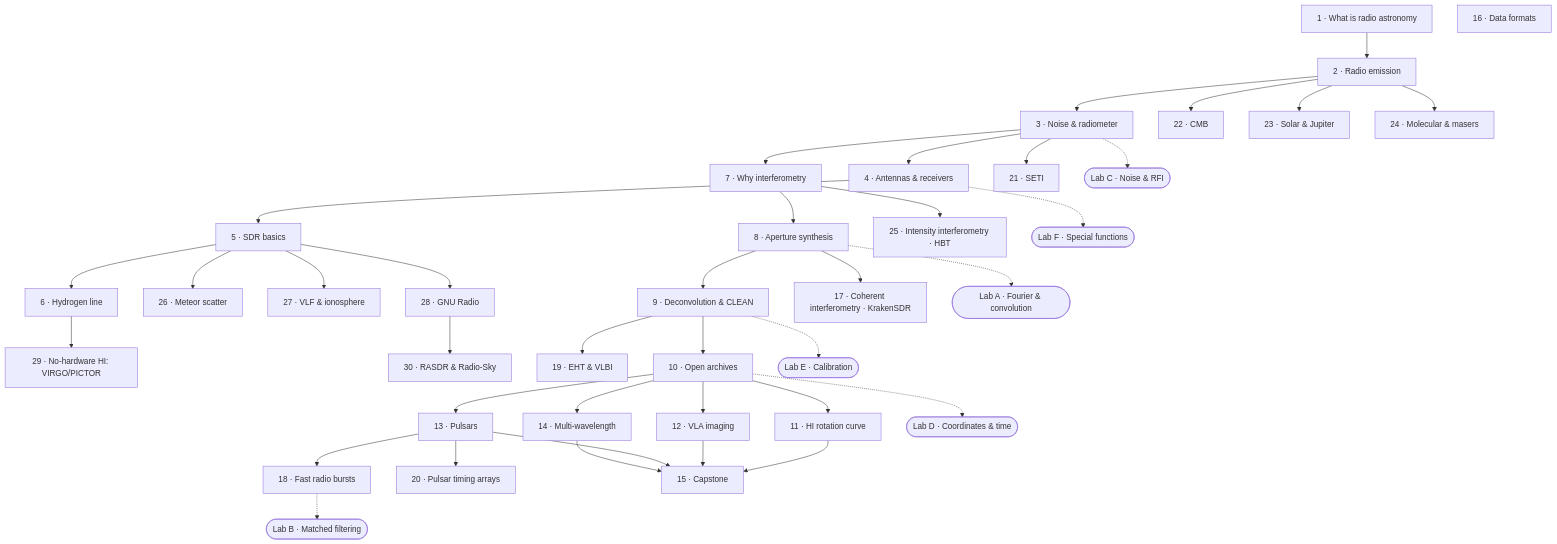
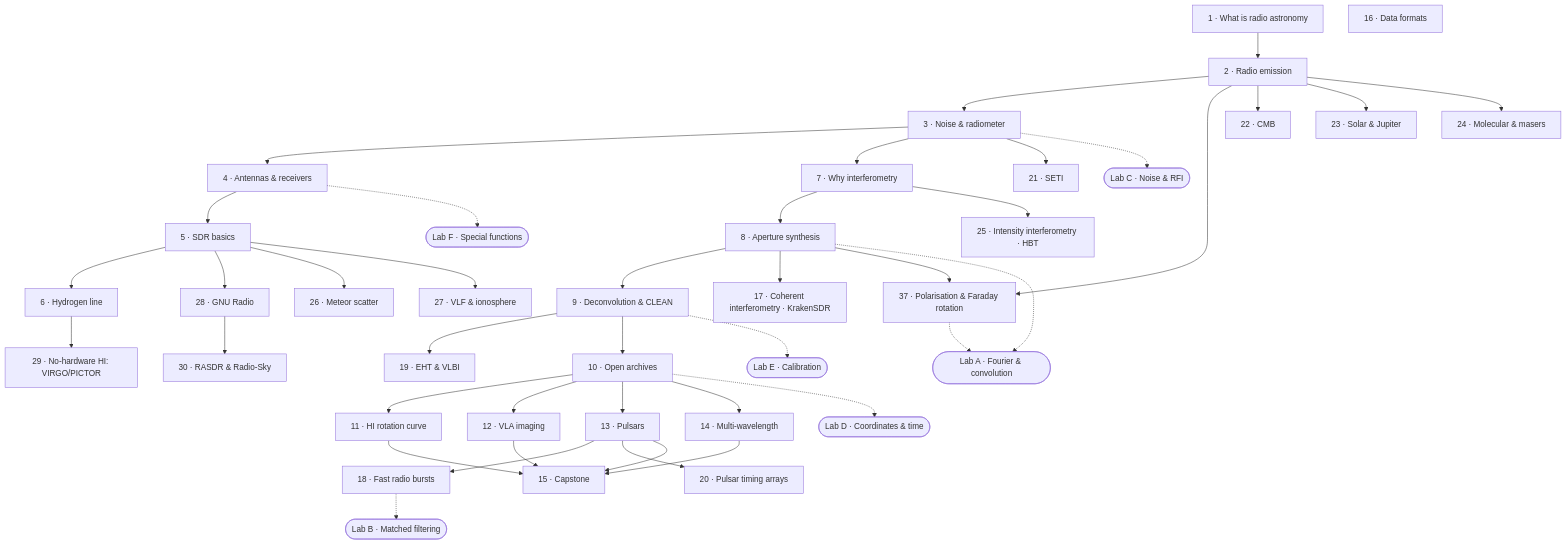
Before and after one commit to joebarbere/jansky: the diagram in docs/learning-paths.md, drawn with Mermaid. The commit also changed other lines of this file and 4 other files, not shown here.

First line of the commit message:
Plan 10: add Chapter 37 (Polarisation & Faraday Rotation)

````diff
--- a/docs/learning-paths.md
+++ b/docs/learning-paths.md
@@ -16,78 +16,82 @@
 ```mermaid
 flowchart TD
   %% ---- Part I: Foundations ----
   C1[1 · What is radio astronomy]
   C2[2 · Radio emission]
   C3[3 · Noise & radiometer]
   C1 --> C2 --> C3
 
   %% ---- Part II: Instrumentation & hardware ----
   C4[4 · Antennas & receivers]
   C5[5 · SDR basics]
   C6[6 · Hydrogen line]
   C26[26 · Meteor scatter]
   C27[27 · VLF & ionosphere]
   C28[28 · GNU Radio]
   C29[29 · No-hardware HI: VIRGO/PICTOR]
   C30[30 · RASDR & Radio-Sky]
   C3 --> C4 --> C5 --> C6
   C5 --> C28 --> C30
   C5 --> C26
   C5 --> C27
   C6 --> C29
 
   %% ---- Part III: Interferometry & imaging ----
   C7[7 · Why interferometry]
   C8[8 · Aperture synthesis]
   C9[9 · Deconvolution & CLEAN]
   C17[17 · Coherent interferometry · KrakenSDR]
   C19[19 · EHT & VLBI]
   C25[25 · Intensity interferometry · HBT]
+  C37[37 · Polarisation & Faraday rotation]
   C3 --> C7 --> C8 --> C9
   C8 --> C17
   C9 --> C19
   C7 --> C25
+  C8 --> C37
+  C2 --> C37
 
   %% ---- Part IV: Real data & research ----
   C10[10 · Open archives]
   C11[11 · HI rotation curve]
   C12[12 · VLA imaging]
   C13[13 · Pulsars]
   C14[14 · Multi-wavelength]
   C16[16 · Data formats]
   C18[18 · Fast radio bursts]
   C20[20 · Pulsar timing arrays]
   C21[21 · SETI]
   C22[22 · CMB]
   C23[23 · Solar & Jupiter]
   C24[24 · Molecular & masers]
   C15[15 · Capstone]
   C9 --> C10 --> C11
   C10 --> C12
   C10 --> C13
   C10 --> C14
   C13 --> C18
   C13 --> C20
   C3 --> C21
   C2 --> C22
   C2 --> C23
   C2 --> C24
   C11 --> C15
   C12 --> C15
   C13 --> C15
   C14 --> C15
 
   %% ---- Maths Lab (appendix) ----
   LA([Lab A · Fourier & convolution])
   LB([Lab B · Matched filtering])
   LC([Lab C · Noise & RFI])
   LD([Lab D · Coordinates & time])
   LE([Lab E · Calibration])
   LF([Lab F · Special functions])
   C8 -.-> LA
+  C37 -.-> LA
   C18 -.-> LB
   C3 -.-> LC
   C10 -.-> LD
   C9 -.-> LE
   C4 -.-> LF
 ```
````
